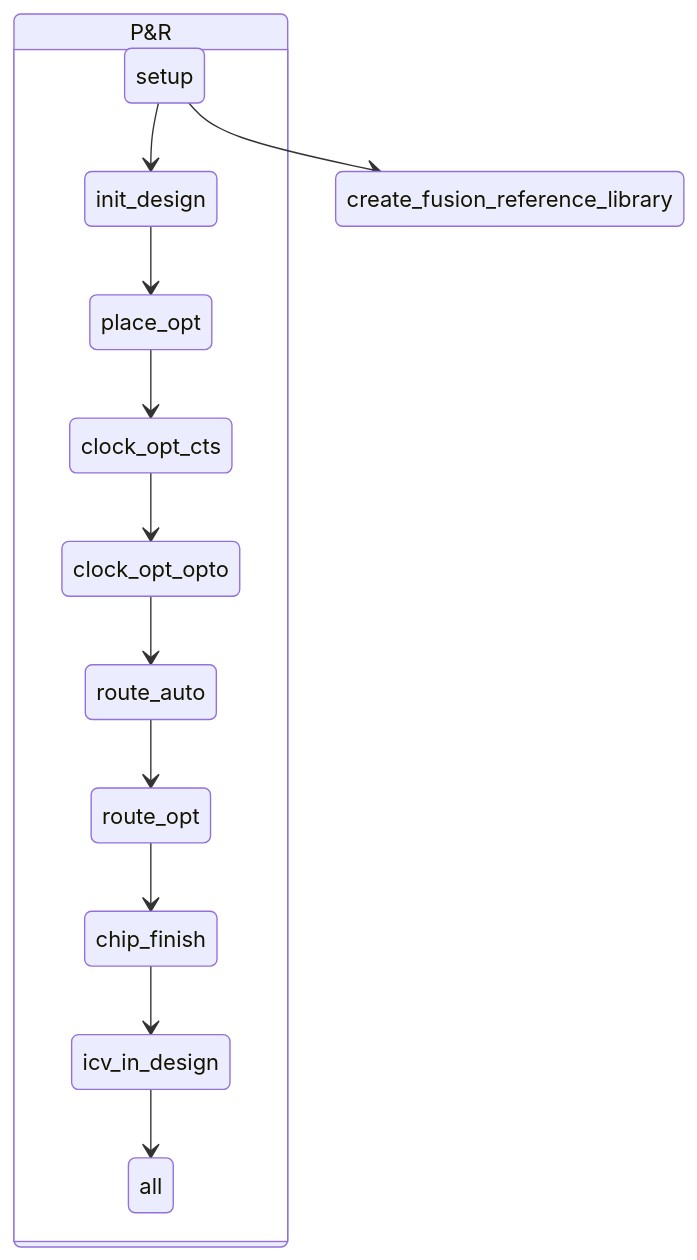
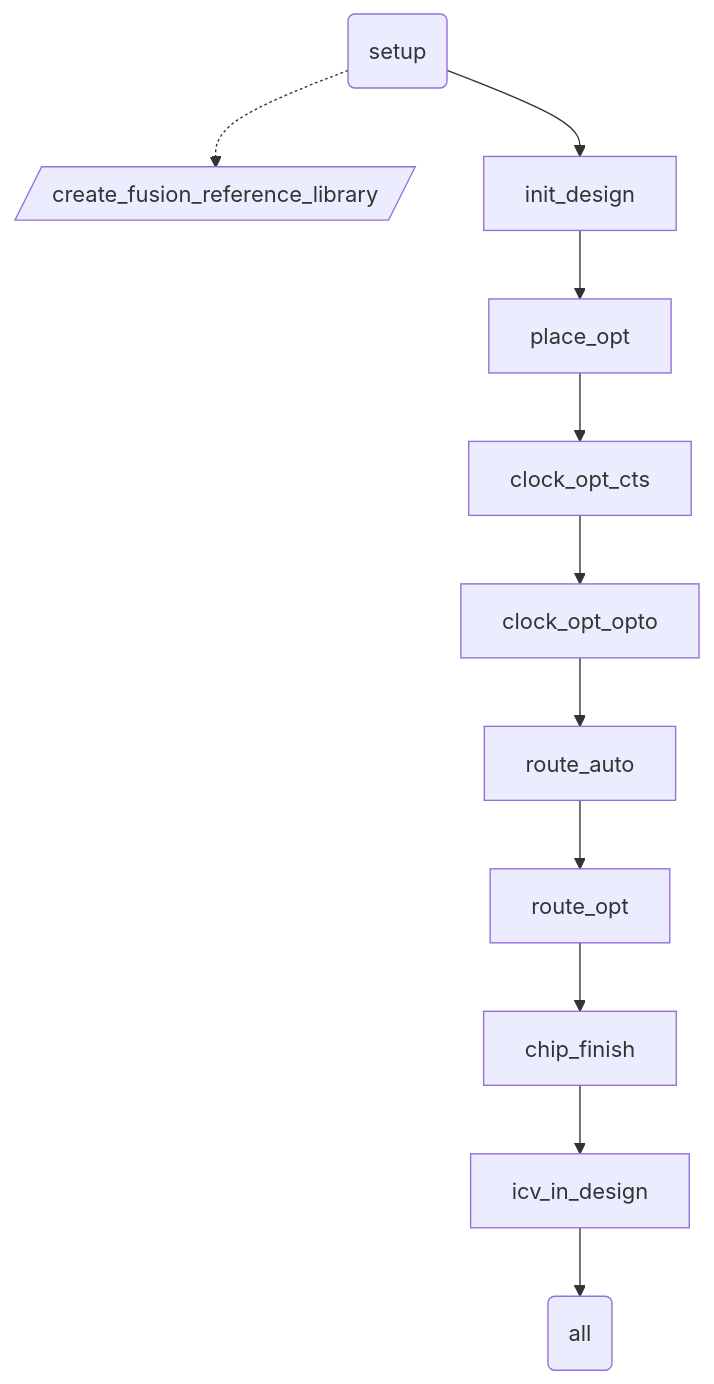
One commit to plusisland/ICC2 changed the fourth of 4 diagrams in ICC2DP.md. Above: the diagram before and after it, drawn with Mermaid. The commit also changed other lines of this file, not shown here.

````diff
--- a/ICC2DP.md
+++ b/ICC2DP.md
@@ -183,15 +189,17 @@
 ```mermaid
-stateDiagram-v2
-    setup --> create_fusion_reference_library
-state P&R {	
-    setup --> init_design
-    init_design --> place_opt
-    place_opt --> clock_opt_cts
-    clock_opt_cts --> clock_opt_opto
-    clock_opt_opto --> route_auto
-    route_auto --> route_opt
-    route_opt --> chip_finish
-    chip_finish --> icv_in_design
-	icv_in_design --> all
-}
+flowchart TD
+    setup["setup"] -.-> create_fusion_reference_library["create_fusion_reference_library"]
+    setup --> init_design["init_design"]
+    init_design --> place_opt["place_opt"]
+    place_opt --> clock_opt_cts["clock_opt_cts"]
+    clock_opt_cts --> clock_opt_opto["clock_opt_opto"]
+    clock_opt_opto --> route_auto["route_auto"]
+    route_auto --> route_opt["route_opt"]
+    route_opt --> chip_finish["chip_finish"]
+    chip_finish --> icv_in_design["icv_in_design"]
+    icv_in_design --> all["all"]
+
+    setup@{ shape: rounded}
+    create_fusion_reference_library@{ shape: lean-r}
+    all@{ shape: rounded}
 ```
````
